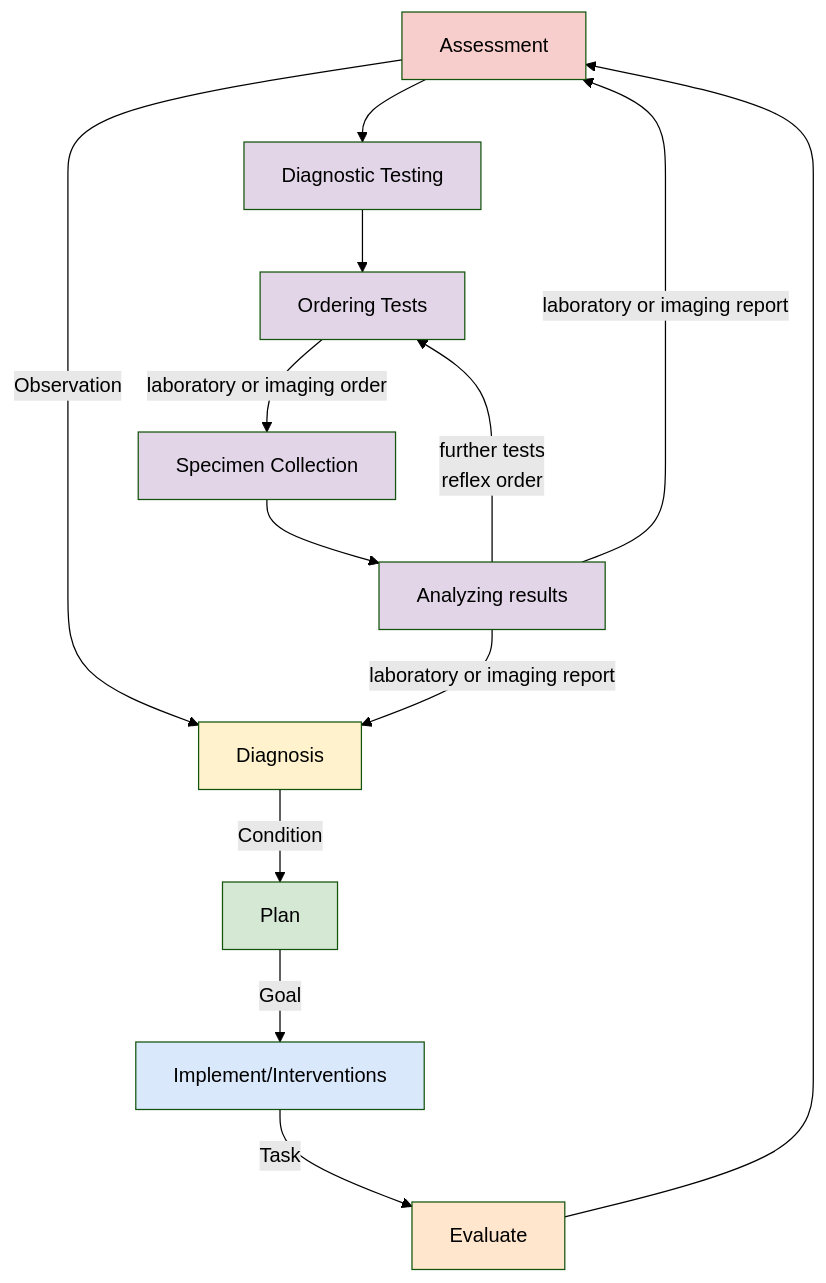
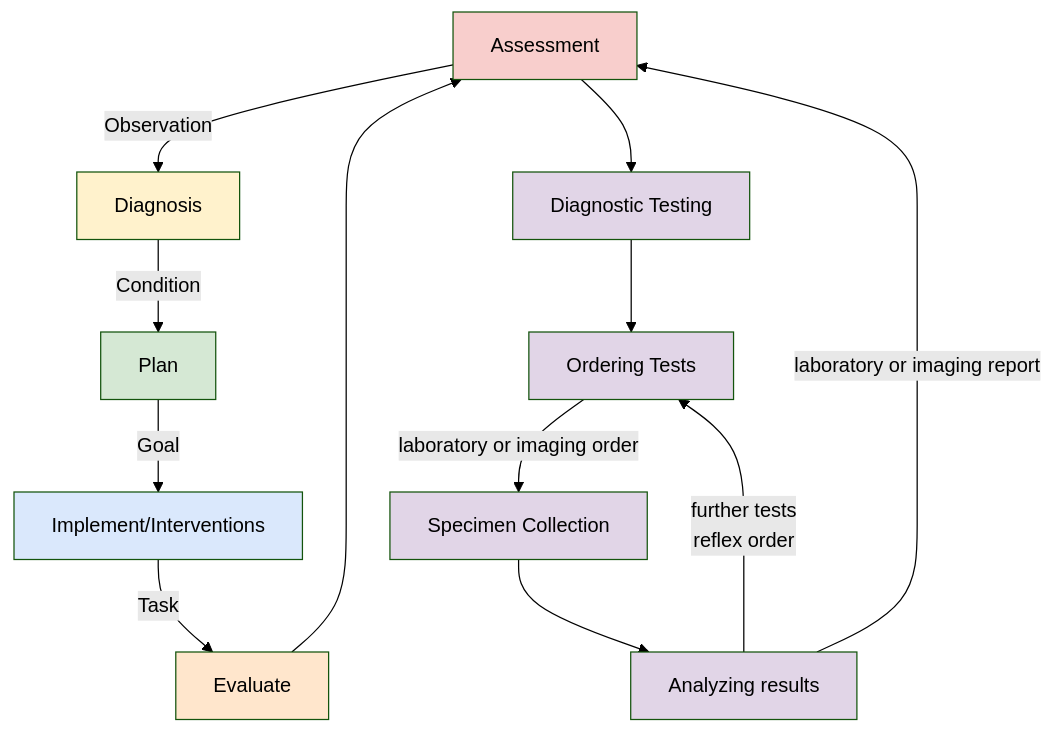
One commit to uk-gov-mirror/nw-gmsa.nw-gmsa.github.com changed the diagram in input/pagecontent/index.md. Above: the diagram before and after it, drawn with Mermaid (forest theme).

````diff
--- a/input/pagecontent/index.md
+++ b/input/pagecontent/index.md
@@ -13,32 +13,31 @@
 ```mermaid
 graph TD;
 
     A[Assessment]-->|Observation| B;
     A--> O;
     B[Diagnosis]-->|Condition| C;
     O[Diagnostic Testing]--> T;
     T[Ordering Tests]--> |laboratory or imaging order| S;
     S[Specimen Collection] --> AN;
     AN[Analyzing results] --> |further tests <br/> reflex order| T;
     AN --> |laboratory or imaging report| A;
-    AN --> |laboratory or imaging report| B;
     C[Plan]-->|Goal| D;
     D[Implement/Interventions]-->|Task| E;
     E[Evaluate]-->A;
 
     classDef purple fill:#E1D5E7;
 
     classDef yellow fill:#FFF2CC;
     classDef pink fill:#F8CECC
     classDef green fill:#D5E8D4;
     classDef blue fill:#DAE8FC;
     classDef orange fill:#FFE6CC;
 
     class A pink
     class B yellow
     class C green
     class D blue
     class E orange
 
     class O,S,T,AN purple
 ```
````
